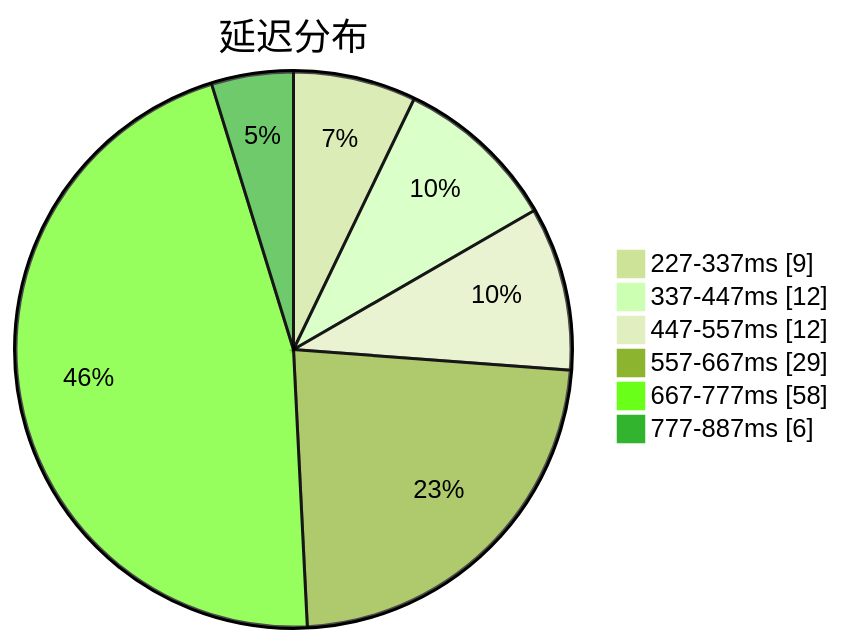
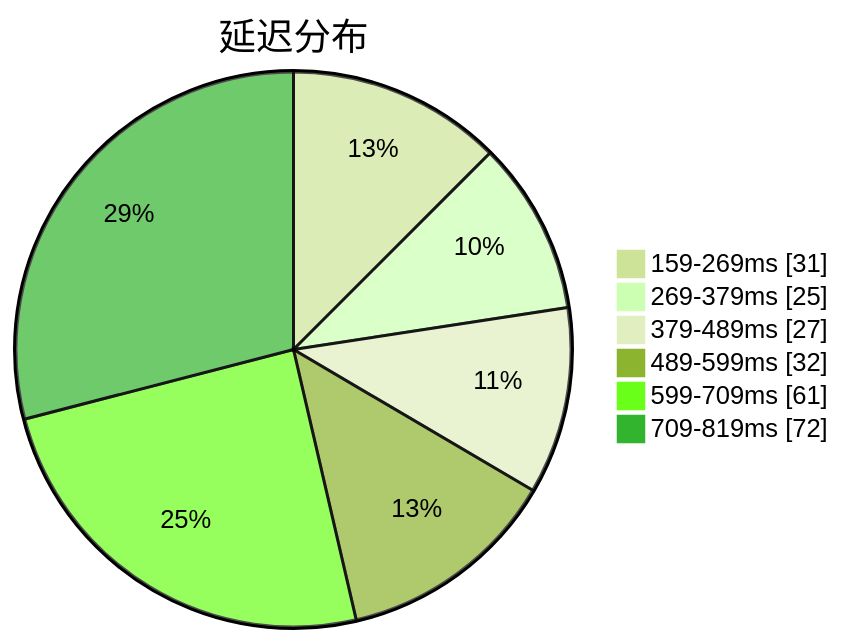
The first of 3 diagrams in subs/statistics/tested_within.md (qjlxg/airport), drawn with Mermaid (forest theme) before and after one commit. The commit also changed other lines of this file and 2 other files, not shown here.

````diff
--- a/subs/statistics/tested_within.md
+++ b/subs/statistics/tested_within.md
@@ -2,10 +2,10 @@
 ```mermaid
 pie showData
 title 延迟分布
-"227-337ms" : 9
-"337-447ms" : 12
-"447-557ms" : 12
-"557-667ms" : 29
-"667-777ms" : 58
-"777-887ms" : 6
+"159-269ms" : 31
+"269-379ms" : 25
+"379-489ms" : 27
+"489-599ms" : 32
+"599-709ms" : 61
+"709-819ms" : 72
 ```
````
